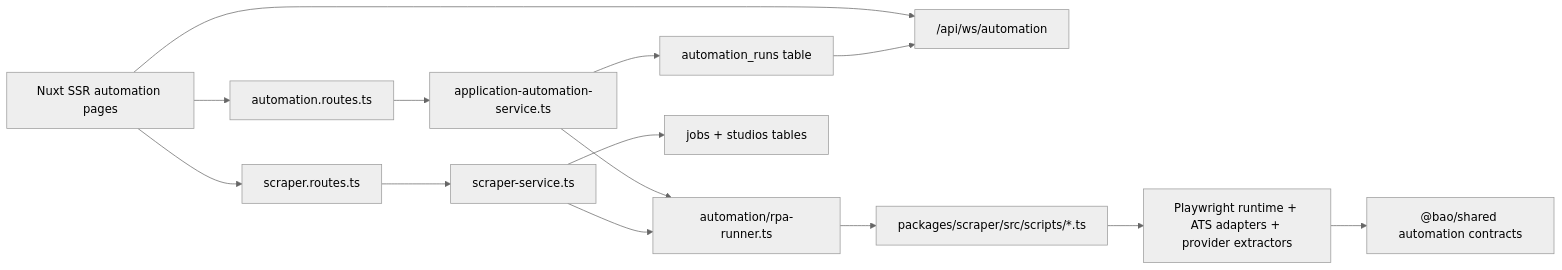
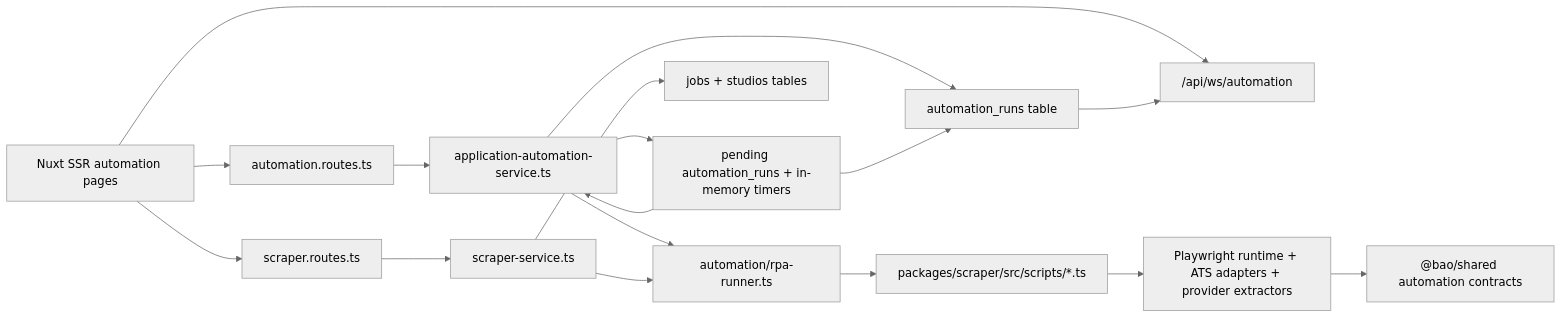
One commit to d4551/baobuildbuddy changed the first of 3 diagrams in docs/AUTOMATION.md. Above: the diagram before and after it, drawn with Mermaid (neutral theme). The commit also changed other lines of this file and 23 other files, not shown here.

Commit message:
Add persisted automation scheduler

````diff
--- a/docs/AUTOMATION.md
+++ b/docs/AUTOMATION.md
@@ -25,16 +26,19 @@
 ```mermaid
 flowchart LR
   UI["Nuxt SSR automation pages"] --> AutomationRoutes["automation.routes.ts"]
   UI --> ScraperRoutes["scraper.routes.ts"]
   UI --> AutomationWs["/api/ws/automation"]
   AutomationRoutes --> Service["application-automation-service.ts"]
   ScraperRoutes --> ScraperService["scraper-service.ts"]
   Service --> Runner["automation/rpa-runner.ts"]
   ScraperService --> Runner
   Runner --> Scripts["packages/scraper/src/scripts/*.ts"]
   Scripts --> Runtime["Playwright runtime + ATS adapters + provider extractors"]
   Runtime --> Shared["@bao/shared automation contracts"]
+  Service --> Scheduler["pending automation_runs + in-memory timers"]
   Service --> Runs["automation_runs table"]
+  Scheduler --> Runs
+  Scheduler --> Service
   ScraperService --> JobsStudios["jobs + studios tables"]
   Runs --> AutomationWs
 ```
````
